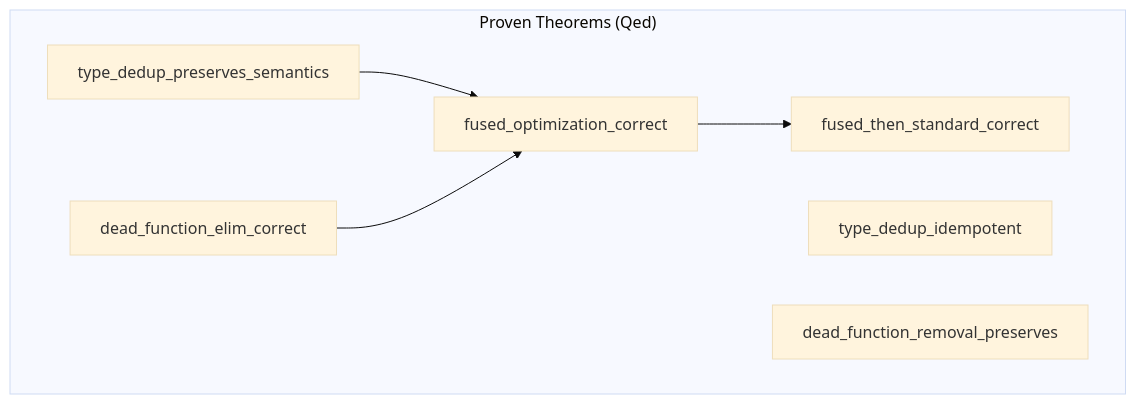
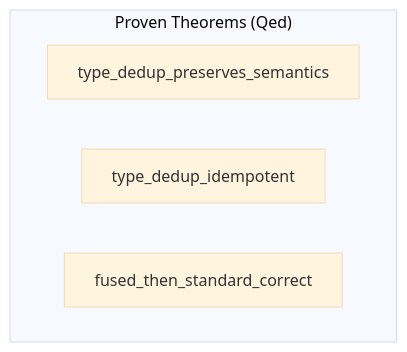
The sixth of 8 diagrams in docs/design/fused-component-optimization.md (pulseengine/loom), drawn with Mermaid (base theme) before and after one commit. The commit also changed other lines of this file and 2 other files, not shown here.

````diff
--- a/docs/design/fused-component-optimization.md
+++ b/docs/design/fused-component-optimization.md
@@ -242,15 +241,8 @@
 ```mermaid
 flowchart TD
     subgraph proven["Proven Theorems (Qed)"]
         TP["type_dedup_preserves_semantics"]
         TI["type_dedup_idempotent"]
-        DE["dead_function_elim_correct"]
-        DR["dead_function_removal_preserves"]
-        FC["fused_optimization_correct"]
         FS["fused_then_standard_correct"]
     end
-
-    TP --> FC
-    DE --> FC
-    FC --> FS
 ```
````
